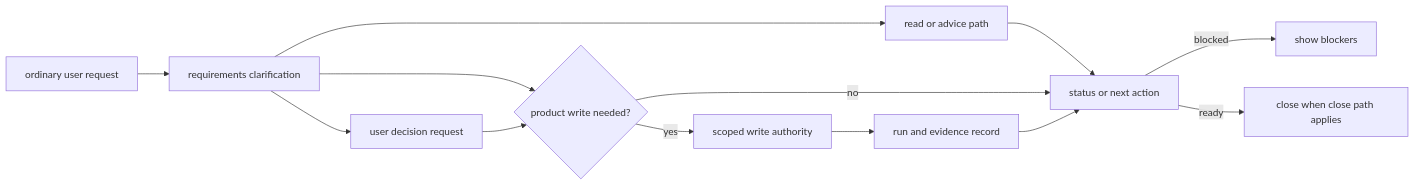
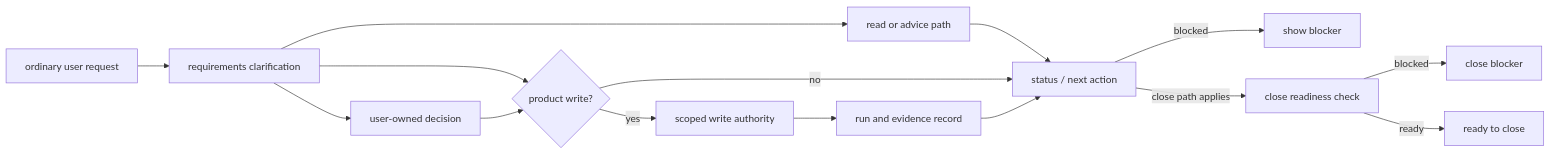
The diagram in docs/en/use/agent-session-flow.md (minjungw00/Harness_Project), drawn with Mermaid before and after one commit. The commit also changed 20 other files, not shown here.

Commit message:
docs: refresh diagrams for staged authority model

````diff
--- a/docs/en/use/agent-session-flow.md
+++ b/docs/en/use/agent-session-flow.md
@@ -36,15 +36,17 @@
 ```mermaid
 flowchart LR
   Request["ordinary user request"] --> Clarify["requirements clarification"]
-  Clarify --> Decision["user decision request"]
+  Clarify --> Decision["user-owned decision"]
   Clarify --> ReadOnly["read or advice path"]
-  Clarify --> WriteNeed{"product write needed?"}
+  Clarify --> WriteNeed{"product write?"}
   Decision --> WriteNeed
-  ReadOnly --> Status["status or next action"]
+  ReadOnly --> Status["status / next action"]
   WriteNeed -->|yes| Authority["scoped write authority"]
   WriteNeed -->|no| Status
   Authority --> Run["run and evidence record"]
   Run --> Status
-  Status -->|blocked| Blockers["show blockers"]
-  Status -->|ready| Close["close when close path applies"]
+  Status -->|blocked| Blocker["show blocker"]
+  Status -->|close path applies| CloseCheck["close readiness check"]
+  CloseCheck -->|blocked| CloseBlocker["close blocker"]
+  CloseCheck -->|ready| Close["ready to close"]
 ```
````
